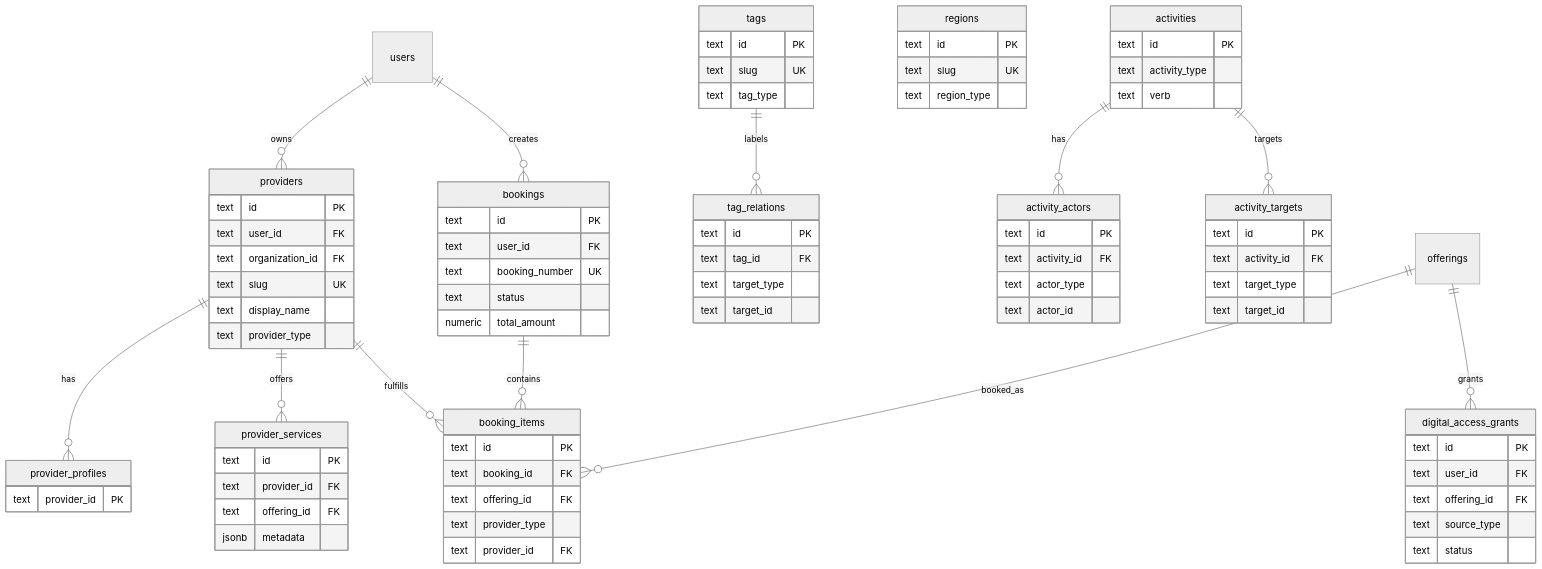
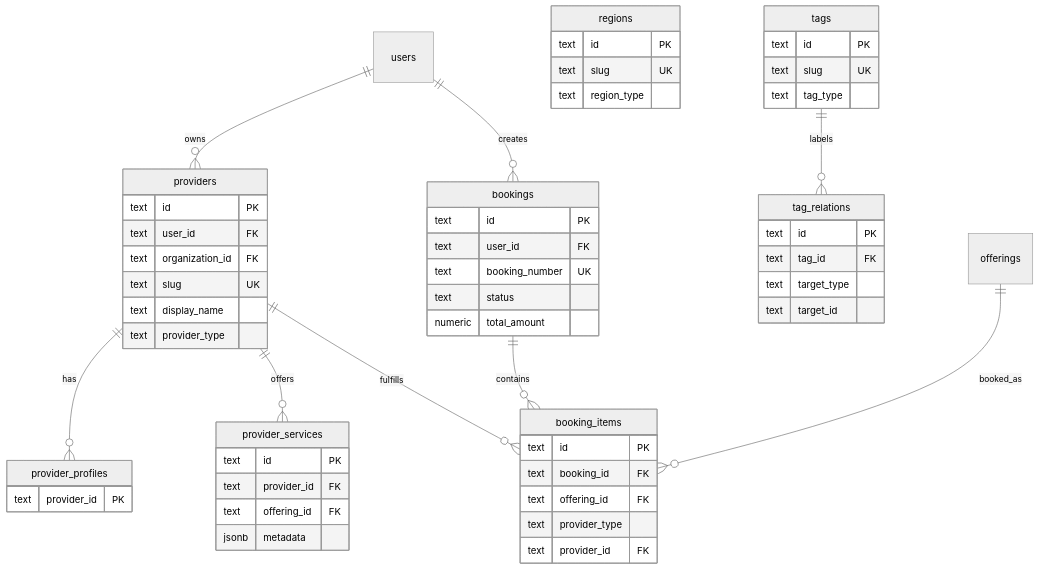
Before and after one commit to hoangpham2263/pinklove: the fourth of 8 diagrams in docs/schema.md, drawn with Mermaid (neutral theme). The commit also changed other lines of this file and 5 other files, not shown here.

First line of the commit message:
Refactor architecture documentation and database schema

````diff
--- a/docs/schema.md
+++ b/docs/schema.md
@@ -536,14 +524,6 @@
     text provider_id FK
   }
 
-  digital_access_grants {
-    text id PK
-    text user_id FK
-    text offering_id FK
-    text source_type
-    text status
-  }
-
   tags {
     text id PK
     text slug UK
@@ -553,26 +533,6 @@
   tag_relations {
     text id PK
     text tag_id FK
-    text target_type
-    text target_id
-  }
-
-  activities {
-    text id PK
-    text activity_type
-    text verb
-  }
-
-  activity_actors {
-    text id PK
-    text activity_id FK
-    text actor_type
-    text actor_id
-  }
-
-  activity_targets {
-    text id PK
-    text activity_id FK
     text target_type
     text target_id
   }
@@ -590,8 +550,5 @@
   providers ||--o{ booking_items : fulfills
   bookings ||--o{ booking_items : contains
   offerings ||--o{ booking_items : booked_as
-  offerings ||--o{ digital_access_grants : grants
   tags ||--o{ tag_relations : labels
-  activities ||--o{ activity_actors : has
-  activities ||--o{ activity_targets : targets
 ```
````
